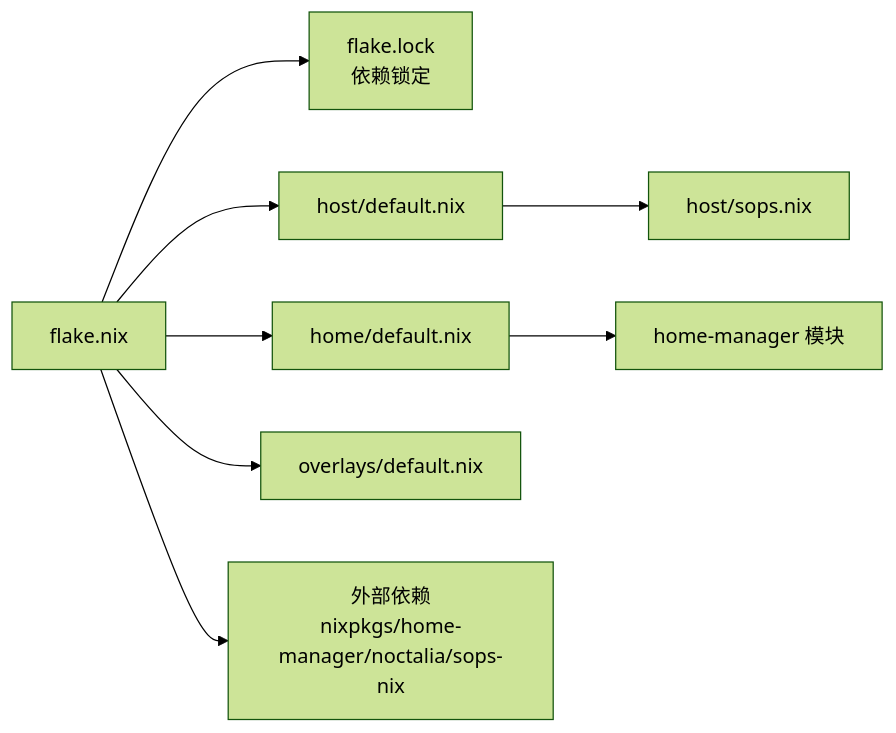
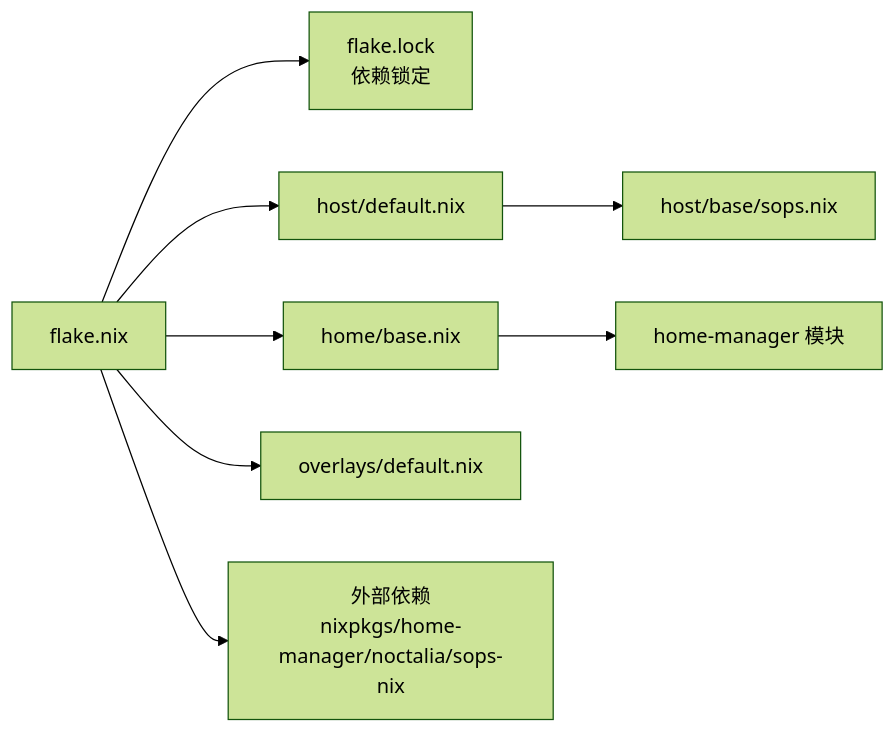
One commit to Shangshui0302/myNixOSConfig changed the second of 3 diagrams in wiki/architecture/flake.md. Above: the diagram before and after it, drawn with Mermaid (forest theme). The commit also changed other lines of this file and 53 other files, not shown here.

````diff
--- a/wiki/architecture/flake.md
+++ b/wiki/architecture/flake.md
@@ -65,10 +65,10 @@
 ```mermaid
 graph LR
 Root["flake.nix"] --> Lock["flake.lock<br/>依赖锁定"]
 Root --> Host["host/default.nix"]
-Root --> Home["home/default.nix"]
+Root --> Home["home/base.nix"]
 Root --> Overlays["overlays/default.nix"]
-Host --> SOPS["host/sops.nix"]
+Host --> SOPS["host/base/sops.nix"]
 Home --> HM["home-manager 模块"]
 Root --> Ext["外部依赖<br/>nixpkgs/home-manager/noctalia/sops-nix"]
 ```
````
